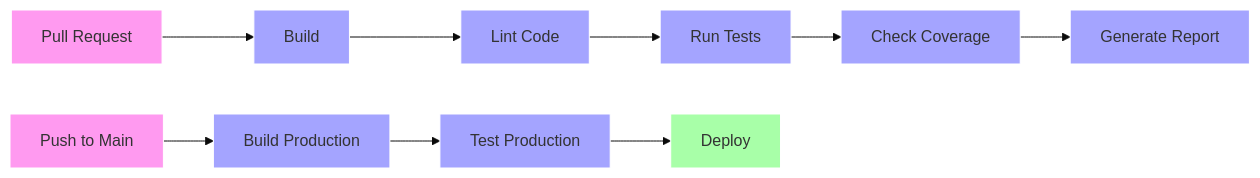
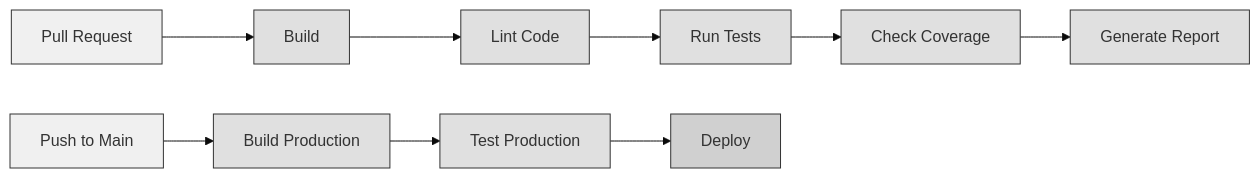
The fifth of 6 diagrams in README.md (ohta-rh/go-backend-boilerplate), drawn with Mermaid (base theme) before and after one commit. The commit also changed other lines of this file, not shown here.

````diff
--- a/README.md
+++ b/README.md
@@ -264,20 +264,20 @@
 ```mermaid
 flowchart LR
     PR[Pull Request] --> Build[Build]
     Build --> Lint[Lint Code]
     Lint --> Test[Run Tests]
     Test --> Coverage[Check Coverage]
     Coverage --> Report[Generate Report]
     
     Push[Push to Main] --> BuildProd[Build Production]
     BuildProd --> TestProd[Test Production]
     TestProd --> Deploy[Deploy]
     
-    classDef trigger fill:#ff9af0,stroke:#fff,stroke-width:1px;
-    classDef process fill:#a4a4ff,stroke:#fff,stroke-width:1px;
-    classDef deploy fill:#a8ffa8,stroke:#fff,stroke-width:1px;
+    classDef trigger fill:#f0f0f0,stroke:#333,stroke-width:1px;
+    classDef process fill:#e0e0e0,stroke:#333,stroke-width:1px;
+    classDef deploy fill:#d0d0d0,stroke:#333,stroke-width:1px;
     
     class PR,Push trigger;
     class Build,Lint,Test,Coverage,Report,BuildProd,TestProd process;
     class Deploy deploy;
 ```
````
